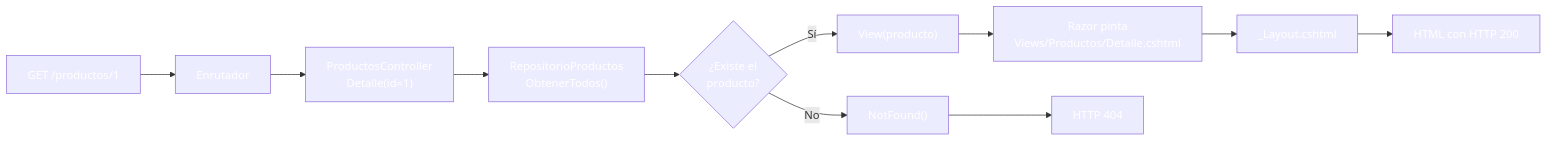
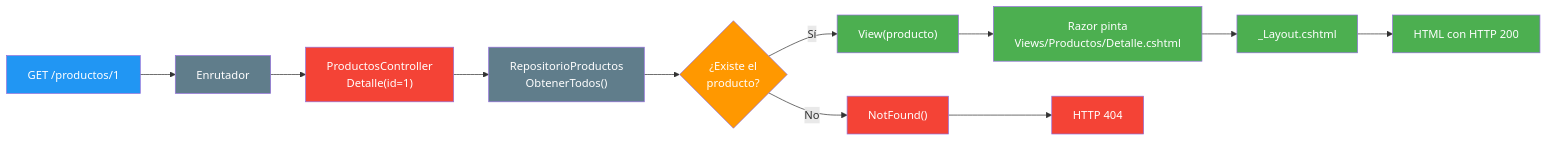
Before and after one commit to joseluisgs/DesarrolloWebEntornosServidor-03-2026-2027: the fourth of 4 diagrams in 08-mvc-controladores.md, drawn with Mermaid. The commit also changed other lines of this file and 25 other files, not shown here.

Commit message:
docs: corregir los estilos Mermaid de los temas y alinear el dominio del tema 25 con ProductosApp

````diff
--- a/08-mvc-controladores.md
+++ b/08-mvc-controladores.md
@@ -443,24 +443,24 @@
 ```mermaid
 graph LR
     A["GET /productos/1"] --> B["Enrutador"]
     B --> C["ProductosController<br/>Detalle(id=1)"]
     C --> D["RepositorioProductos<br/>ObtenerTodos()"]
     D --> E{"¿Existe el<br/>producto?"}
     E -->|"Sí"| F["View(producto)"]
     E -->|"No"| G["NotFound()"]
     F --> H["Razor pinta<br/>Views/Productos/Detalle.cshtml"]
     H --> I["_Layout.cshtml"]
     I --> J["HTML con HTTP 200"]
     G --> K["HTTP 404"]
-    style A fill:#2196F,color:#fff3,color:#fff
-    style B fill:#607D8,color:#fffB,color:#fff
-    style C fill:#f4433,color:#fff6,color:#fff
-    style D fill:#607D8,color:#fffB,color:#fff
-    style E fill:#FF980,color:#fff0,color:#fff
-    style F fill:#4CAF5,color:#fff0,color:#fff
-    style G fill:#f4433,color:#fff6,color:#fff
-    style H fill:#4CAF5,color:#fff0,color:#fff
-    style I fill:#4CAF5,color:#fff0,color:#fff
-    style J fill:#4CAF5,color:#fff0,color:#fff
-    style K fill:#f4433,color:#fff6,color:#fff
+    style A fill:#2196F3,color:#fff
+    style B fill:#607D8B,color:#fff
+    style C fill:#f44336,color:#fff
+    style D fill:#607D8B,color:#fff
+    style E fill:#FF9800,color:#fff
+    style F fill:#4CAF50,color:#fff
+    style G fill:#f44336,color:#fff
+    style H fill:#4CAF50,color:#fff
+    style I fill:#4CAF50,color:#fff
+    style J fill:#4CAF50,color:#fff
+    style K fill:#f44336,color:#fff
 ```
````
